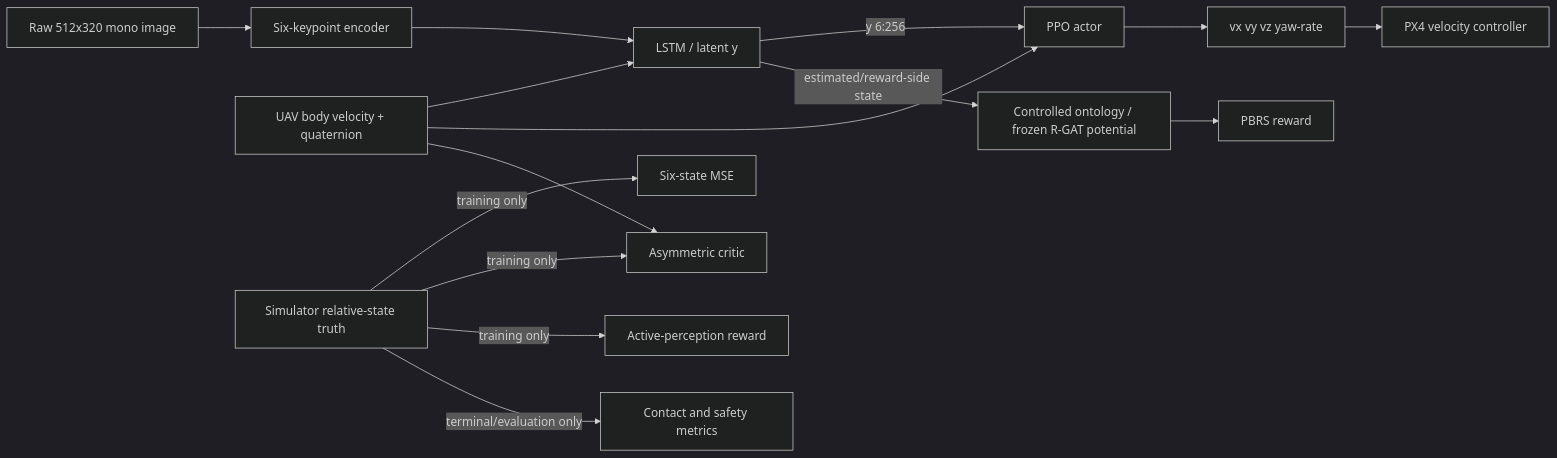
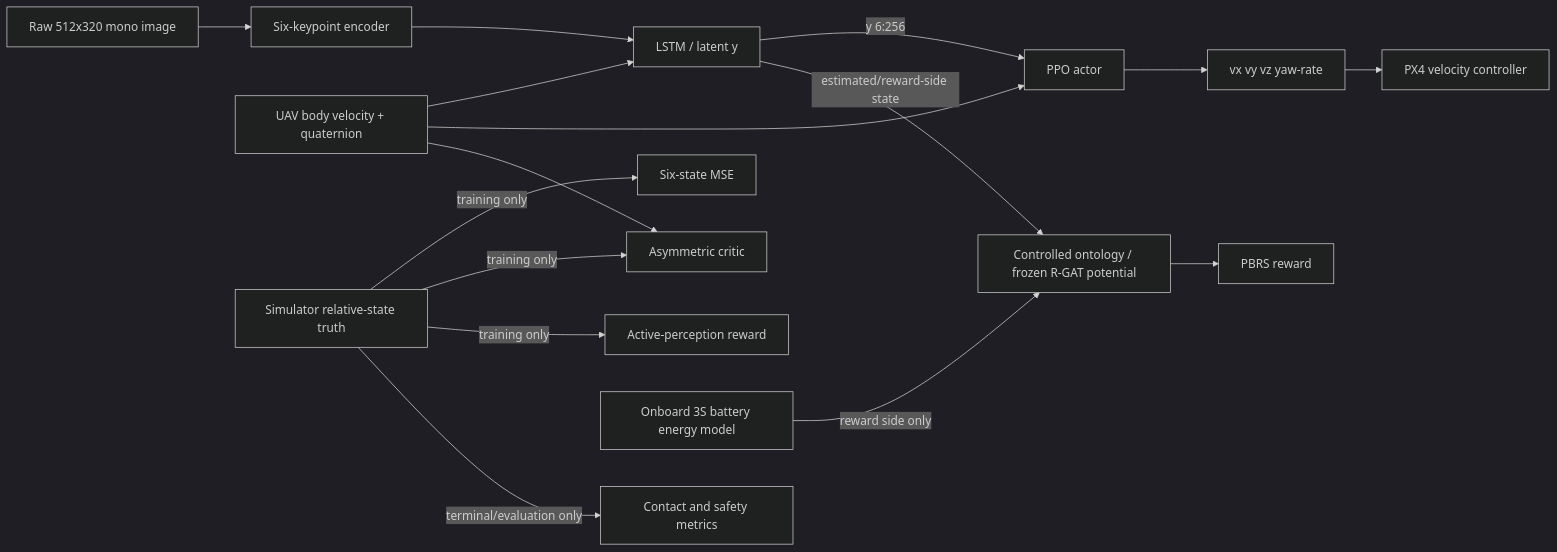
Before and after one commit to junsuk123/OntoReward-RL: the diagram in Ontology_RGAT_UAV_RL_ISAAC_PX4/docs/SHIN2026_BASELINE.md, drawn with Mermaid (dark theme). The commit also changed other lines of this file and 23 other files, not shown here.

````diff
--- a/Ontology_RGAT_UAV_RL_ISAAC_PX4/docs/SHIN2026_BASELINE.md
+++ b/Ontology_RGAT_UAV_RL_ISAAC_PX4/docs/SHIN2026_BASELINE.md
@@ -11,19 +11,20 @@
 ```mermaid
 flowchart LR
   CAM[Raw 512x320 mono image] --> KE[Six-keypoint encoder]
   UAV[UAV body velocity + quaternion] --> EST[LSTM / latent y]
   KE --> EST
   EST -->|y 6:256| ACT[PPO actor]
   UAV --> ACT
   ACT --> CMD[vx vy vz yaw-rate]
   CMD --> PX4[PX4 velocity controller]
 
   GT[Simulator relative-state truth] -->|training only| AUX[Six-state MSE]
   GT -->|training only| CRIT[Asymmetric critic]
   UAV --> CRIT
   GT -->|training only| ACTIVE[Active-perception reward]
   GT -->|terminal/evaluation only| SCORE[Contact and safety metrics]
 
   EST -->|estimated/reward-side state| ONTO[Controlled ontology / frozen R-GAT potential]
+  BAT[Onboard 3S battery energy model] -->|reward side only| ONTO
   ONTO --> PBRS[PBRS reward]
 ```
````
